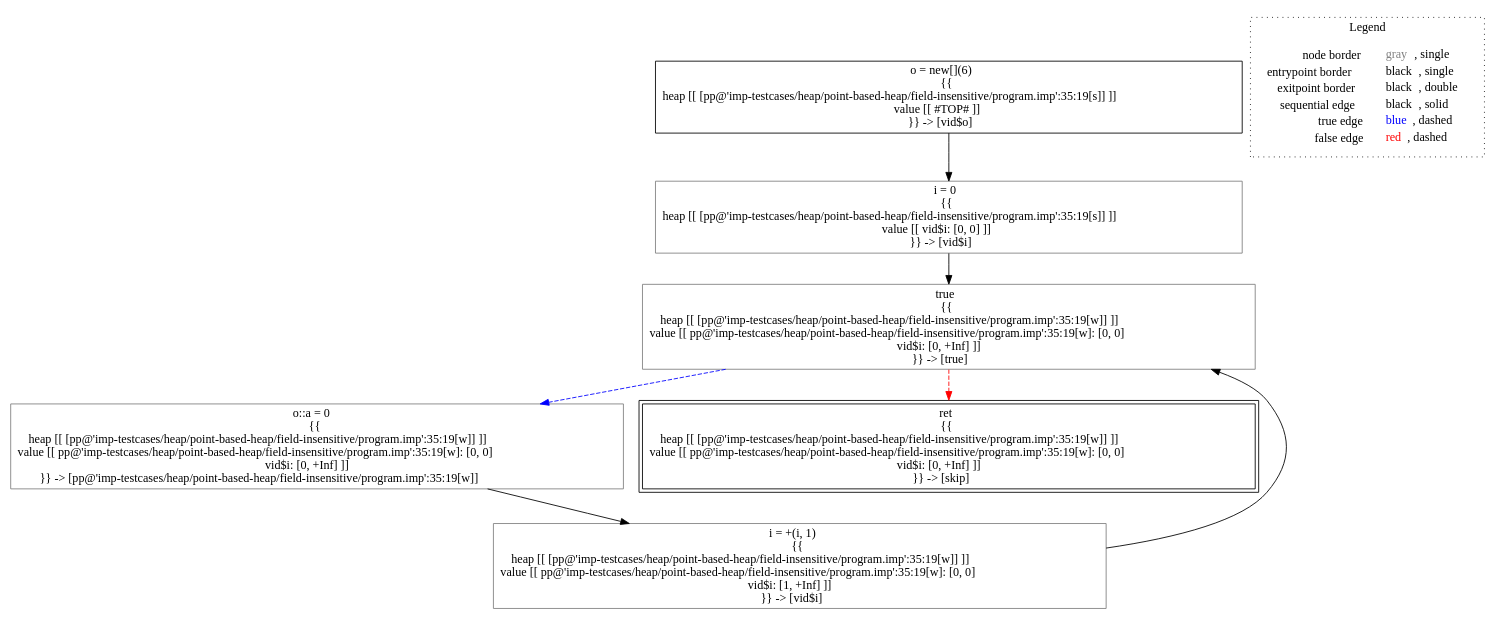
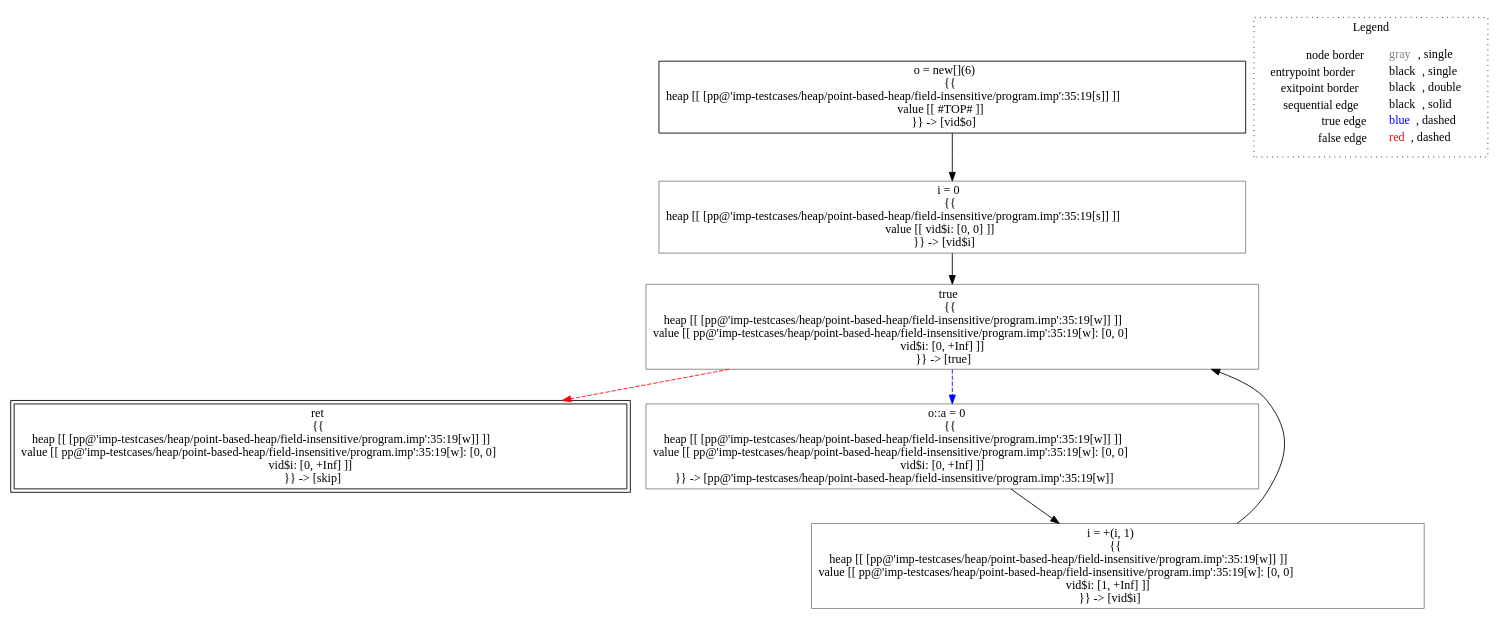
The diagram in lisa/imp-testcases/heap/point-based-heap/field-insensitive/analysis___untyped_A.f4(A_this).dot (lisa-analyzer/lisa), drawn with Graphviz before and after one commit. The commit also changed 6 other files, not shown here.

```diff
--- a/lisa/imp-testcases/heap/point-based-heap/field-insensitive/analysis___untyped_A.f4(A_this).dot
+++ b/lisa/imp-testcases/heap/point-based-heap/field-insensitive/analysis___untyped_A.f4(A_this).dot
@@ -1,21 +1,21 @@
 digraph {
 	"node0" [shape="rect",color="black",label=<o = new[](6)<BR/>{{<BR/>heap [[ [pp@'imp-testcases/heap/point-based-heap/field-insensitive/program.imp':35:19[s]] ]]<BR/>value [[ #TOP# ]]<BR/>}} -&gt; [vid$o]>];
-	"node1" [shape="rect",color="gray",label=<o::a = 0<BR/>{{<BR/>heap [[ [pp@'imp-testcases/heap/point-based-heap/field-insensitive/program.imp':35:19[w]] ]]<BR/>value [[ pp@'imp-testcases/heap/point-based-heap/field-insensitive/program.imp':35:19[w]: [0, 0]<BR/>vid$i: [0, +Inf] ]]<BR/>}} -&gt; [pp@'imp-testcases/heap/point-based-heap/field-insensitive/program.imp':35:19[w]]>];
+	"node1" [shape="rect",color="gray",label=<i = 0<BR/>{{<BR/>heap [[ [pp@'imp-testcases/heap/point-based-heap/field-insensitive/program.imp':35:19[s]] ]]<BR/>value [[ vid$i: [0, 0] ]]<BR/>}} -&gt; [vid$i]>];
 	"node2" [shape="rect",color="black",peripheries="2",label=<ret<BR/>{{<BR/>heap [[ [pp@'imp-testcases/heap/point-based-heap/field-insensitive/program.imp':35:19[w]] ]]<BR/>value [[ pp@'imp-testcases/heap/point-based-heap/field-insensitive/program.imp':35:19[w]: [0, 0]<BR/>vid$i: [0, +Inf] ]]<BR/>}} -&gt; [skip]>];
-	"node3" [shape="rect",color="gray",label=<i = 0<BR/>{{<BR/>heap [[ [pp@'imp-testcases/heap/point-based-heap/field-insensitive/program.imp':35:19[s]] ]]<BR/>value [[ vid$i: [0, 0] ]]<BR/>}} -&gt; [vid$i]>];
-	"node4" [shape="rect",color="gray",label=<true<BR/>{{<BR/>heap [[ [pp@'imp-testcases/heap/point-based-heap/field-insensitive/program.imp':35:19[w]] ]]<BR/>value [[ pp@'imp-testcases/heap/point-based-heap/field-insensitive/program.imp':35:19[w]: [0, 0]<BR/>vid$i: [0, +Inf] ]]<BR/>}} -&gt; [true]>];
-	"node5" [shape="rect",color="gray",label=<i = +(i, 1)<BR/>{{<BR/>heap [[ [pp@'imp-testcases/heap/point-based-heap/field-insensitive/program.imp':35:19[w]] ]]<BR/>value [[ pp@'imp-testcases/heap/point-based-heap/field-insensitive/program.imp':35:19[w]: [0, 0]<BR/>vid$i: [1, +Inf] ]]<BR/>}} -&gt; [vid$i]>];
-	"node1" -> "node5" [color="black"];
-	"node3" -> "node4" [color="black"];
-	"node0" -> "node3" [color="black"];
-	"node4" -> "node1" [color="blue",style="dashed"];
-	"node4" -> "node2" [color="red",style="dashed"];
+	"node3" [shape="rect",color="gray",label=<true<BR/>{{<BR/>heap [[ [pp@'imp-testcases/heap/point-based-heap/field-insensitive/program.imp':35:19[w]] ]]<BR/>value [[ pp@'imp-testcases/heap/point-based-heap/field-insensitive/program.imp':35:19[w]: [0, 0]<BR/>vid$i: [0, +Inf] ]]<BR/>}} -&gt; [true]>];
+	"node4" [shape="rect",color="gray",label=<i = +(i, 1)<BR/>{{<BR/>heap [[ [pp@'imp-testcases/heap/point-based-heap/field-insensitive/program.imp':35:19[w]] ]]<BR/>value [[ pp@'imp-testcases/heap/point-based-heap/field-insensitive/program.imp':35:19[w]: [0, 0]<BR/>vid$i: [1, +Inf] ]]<BR/>}} -&gt; [vid$i]>];
+	"node5" [shape="rect",color="gray",label=<o::a = 0<BR/>{{<BR/>heap [[ [pp@'imp-testcases/heap/point-based-heap/field-insensitive/program.imp':35:19[w]] ]]<BR/>value [[ pp@'imp-testcases/heap/point-based-heap/field-insensitive/program.imp':35:19[w]: [0, 0]<BR/>vid$i: [0, +Inf] ]]<BR/>}} -&gt; [pp@'imp-testcases/heap/point-based-heap/field-insensitive/program.imp':35:19[w]]>];
+	"node1" -> "node3" [color="black"];
+	"node0" -> "node1" [color="black"];
+	"node3" -> "node2" [color="red",style="dashed"];
+	"node3" -> "node5" [color="blue",style="dashed"];
+	"node4" -> "node3" [color="black"];
 	"node5" -> "node4" [color="black"];
 subgraph cluster_legend {
 	label="Legend";
 	style=dotted;
 	node [shape=plaintext];
 	"legend" [label=<<table border="0" cellpadding="2" cellspacing="0" cellborder="0"><tr><td align="right">node border&nbsp;</td><td align="left"><font color="gray">gray</font>, single</td></tr><tr><td align="right">entrypoint border&nbsp;</td><td align="left"><font color="black">black</font>, single</td></tr><tr><td align="right">exitpoint border&nbsp;</td><td align="left"><font color="black">black</font>, double</td></tr><tr><td align="right">sequential edge&nbsp;</td><td align="left"><font color="black">black</font>, solid</td></tr><tr><td align="right">true edge&nbsp;</td><td align="left"><font color="blue">blue</font>, dashed</td></tr><tr><td align="right">false edge&nbsp;</td><td align="left"><font color="red">red</font>, dashed</td></tr></table>>];
 }
 
 }
```
